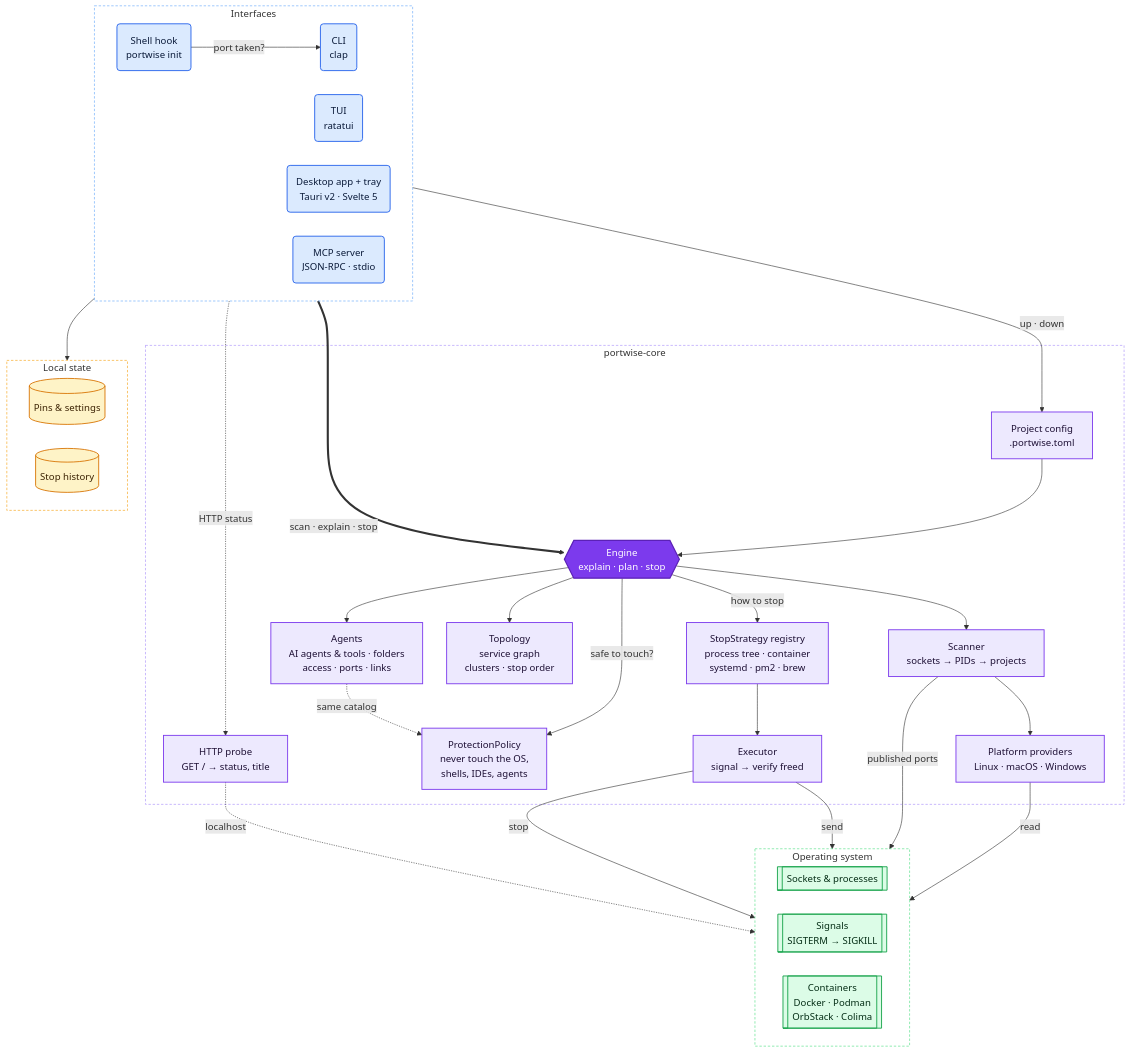
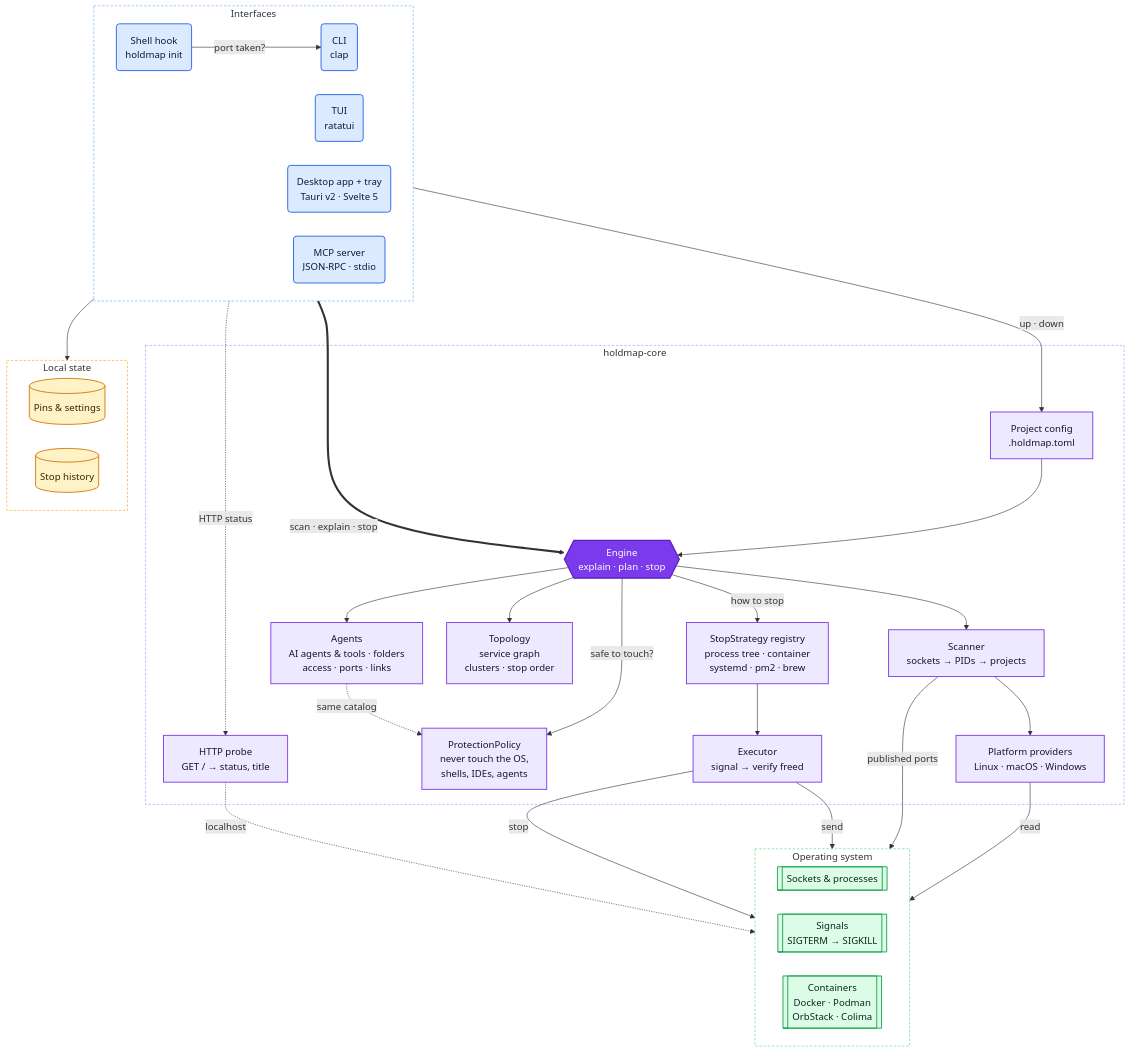
One commit to santoshshinde2012/holdmap changed the first of 6 diagrams in docs/architecture.md. Above: the diagram before and after it, drawn with Mermaid. The commit also changed other lines of this file and 242 other files, not shown here.

First line of the commit message:
Rename portwise to holdmap end to end (#12)

````diff
--- a/docs/architecture.md
+++ b/docs/architecture.md
@@ -9,76 +9,76 @@
 ```mermaid
 %%{init: {"flowchart": {"wrappingWidth": 260, "nodeSpacing": 40, "rankSpacing": 50}}}%%
 flowchart TB
   subgraph IF["Interfaces"]
     direction LR
-    HOOK("Shell hook<br/>portwise init")
+    HOOK("Shell hook<br/>holdmap init")
     CLI("CLI<br/>clap")
     TUI("TUI<br/>ratatui")
     DESK("Desktop app + tray<br/>Tauri v2 · Svelte 5")
     MCP("MCP server<br/>JSON-RPC · stdio")
   end
 
-  subgraph CORE["portwise-core"]
+  subgraph CORE["holdmap-core"]
     ENG{{"Engine<br/>explain · plan · stop"}}
     SCAN["Scanner<br/>sockets → PIDs → projects"]
     PROV["Platform providers<br/>Linux · macOS · Windows"]
     POL["ProtectionPolicy<br/>never touch the OS,<br/>shells, IDEs, agents"]
     REG["StopStrategy registry<br/>process tree · container<br/>systemd · pm2 · brew"]
     EXEC["Executor<br/>signal → verify freed"]
     TOPO["Topology<br/>service graph<br/>clusters · stop order"]
     AGT["Agents<br/>AI agents & tools · folders<br/>access · ports · links"]
     HTTP["HTTP probe<br/>GET / → status, title"]
-    STACK["Project config<br/>.portwise.toml"]
+    STACK["Project config<br/>.holdmap.toml"]
   end
 
   subgraph OS["Operating system"]
     direction LR
     SOCK[["Sockets & processes"]]
     SIG[["Signals<br/>SIGTERM → SIGKILL"]]
     CTR[["Containers<br/>Docker · Podman<br/>OrbStack · Colima"]]
   end
 
   subgraph ST["Local state"]
     direction LR
     PINS[("Pins & settings")]
     HIST[("Stop history")]
   end
 
   HOOK -->|"port taken?"| CLI
 
   IF ==>|"scan · explain · stop"| ENG
   IF -.->|"HTTP status"| HTTP
   IF --> ST
   CLI -->|"up · down"| STACK
   STACK --> ENG
 
   ENG --> SCAN
   SCAN --> PROV
   ENG -->|"safe to touch?"| POL
   ENG -->|"how to stop"| REG
   ENG --> TOPO
   ENG --> AGT
   AGT -.->|"same catalog"| POL
   REG --> EXEC
 
   PROV -->|"read"| SOCK
   SCAN -->|"published ports"| CTR
   EXEC -->|"send"| SIG
   EXEC -->|"stop"| CTR
   HTTP -.->|"localhost"| SOCK
 
   classDef iface fill:#dbeafe,stroke:#2563eb,stroke-width:1.5px,color:#0b1b3a
   classDef core fill:#ede9fe,stroke:#7c3aed,stroke-width:1.5px,color:#1e1035
   classDef engine fill:#7c3aed,stroke:#5b21b6,stroke-width:2px,color:#ffffff
   classDef os fill:#dcfce7,stroke:#16a34a,stroke-width:1.5px,color:#052e16
   classDef state fill:#fef3c7,stroke:#d97706,stroke-width:1.5px,color:#3b2203
   class HOOK,CLI,TUI,DESK,MCP iface
   class SCAN,PROV,POL,REG,EXEC,TOPO,AGT,HTTP,STACK core
   class ENG engine
   class SOCK,SIG,CTR os
   class PINS,HIST state
   style IF fill:transparent,stroke:#60a5fa,stroke-dasharray:4 3
   style CORE fill:transparent,stroke:#a78bfa,stroke-dasharray:4 3
   style OS fill:transparent,stroke:#4ade80,stroke-dasharray:4 3
   style ST fill:transparent,stroke:#f59e0b,stroke-dasharray:4 3
 ```
````
